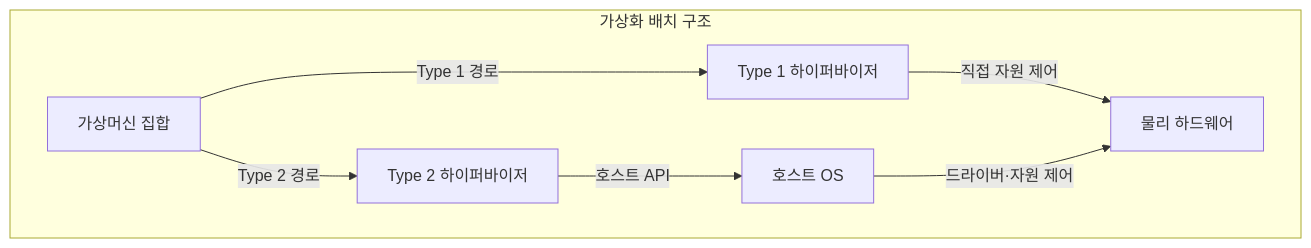
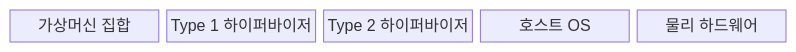
Before and after one commit to agnusdei1207/knowledge-base: the first of 2 diagrams in src/content/docs/notes/03-software/018_virtualization_hypervisor.md, drawn with Mermaid. The commit also changed other lines of this file and 20 other files, not shown here.

````diff
--- a/src/content/docs/notes/03-software/018_virtualization_hypervisor.md
+++ b/src/content/docs/notes/03-software/018_virtualization_hypervisor.md
@@ -73,15 +71,9 @@
 ```mermaid
-flowchart TB
-    subgraph V[가상화 배치 구조]
-        M[가상머신 집합]
-        H1[Type 1 하이퍼바이저]
-        H2[Type 2 하이퍼바이저]
-        O[호스트 OS]
-        P[물리 하드웨어]
-        M -->|Type 1 경로| H1
-        H1 -->|직접 자원 제어| P
-        M -->|Type 2 경로| H2
-        H2 -->|호스트 API| O
-        O -->|드라이버·자원 제어| P
-    end
+block
+  columns 5
+  M["가상머신 집합"]
+  H1["Type 1 하이퍼바이저"]
+  H2["Type 2 하이퍼바이저"]
+  O["호스트 OS"]
+  P["물리 하드웨어"]
 ```
````
